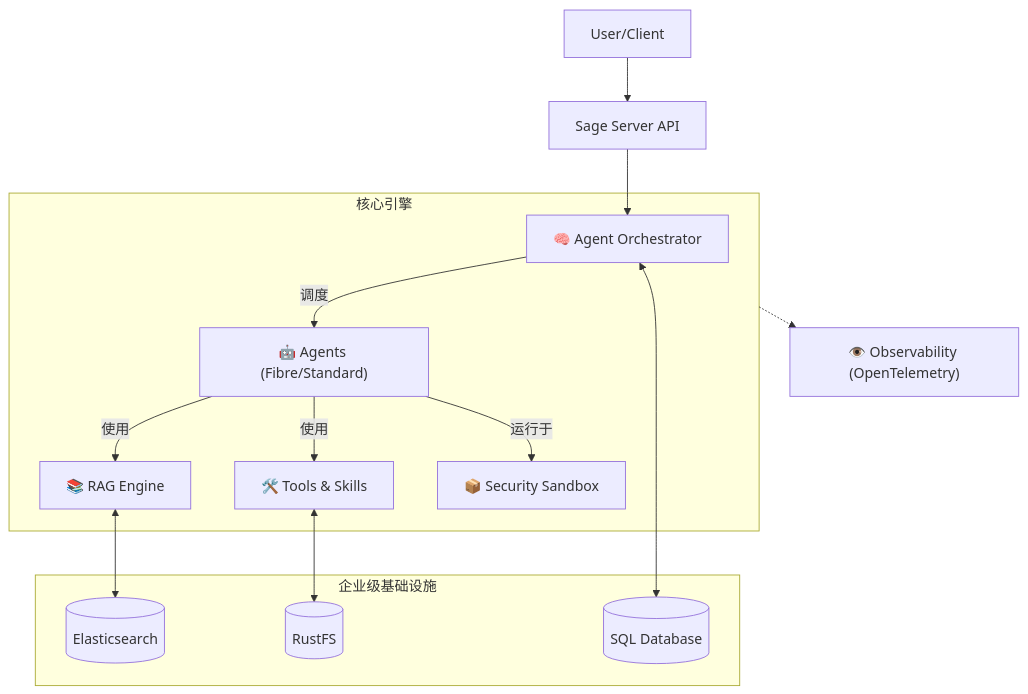
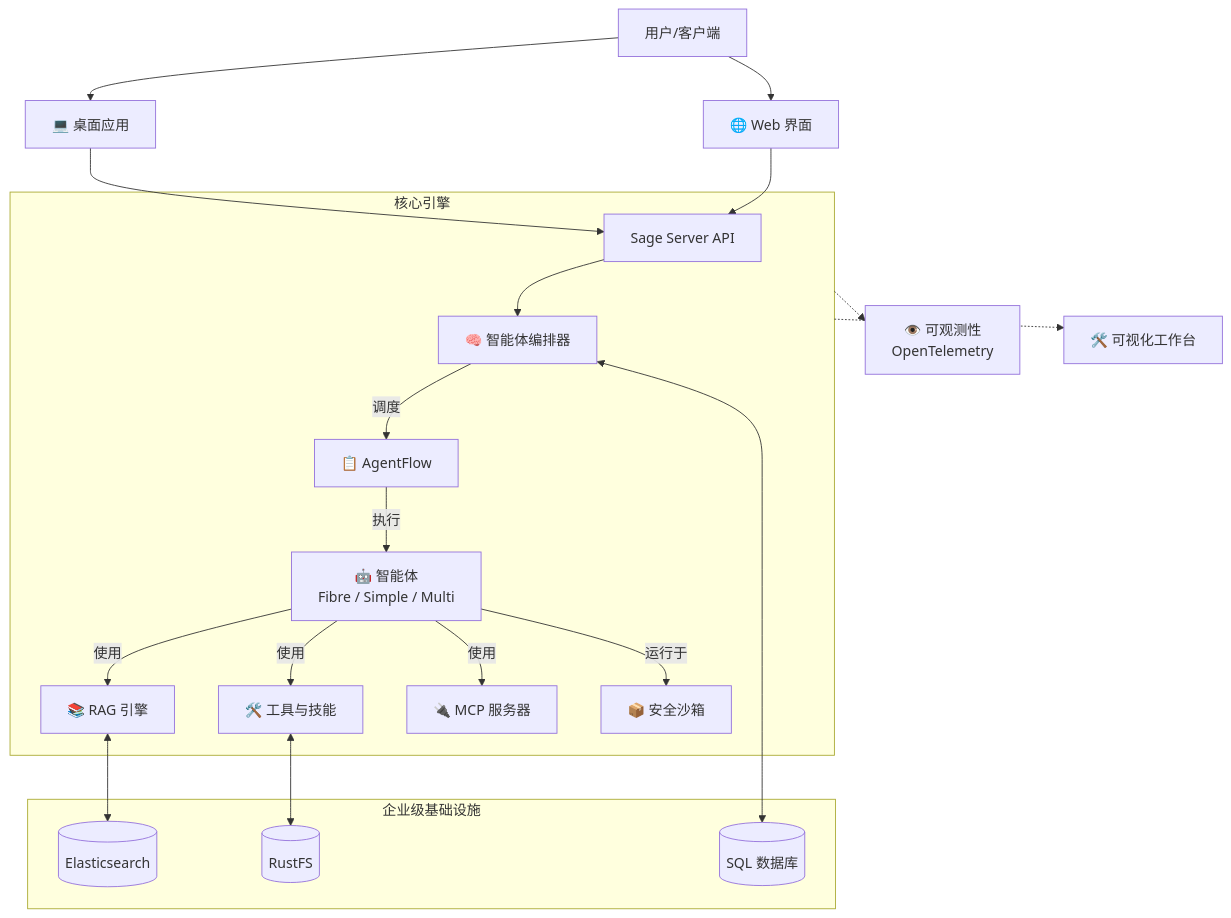
One commit to ZHangZHengEric/Sage changed the diagram in README_CN.md. Above: the diagram before and after it, drawn with Mermaid. The commit also changed other lines of this file and 46 other files, not shown here.

````diff
--- a/README_CN.md
+++ b/README_CN.md
@@ -76,20 +117,26 @@
 ```mermaid
 graph TD
-    User[User/Client] --> API[Sage Server API]
-    API --> Orch[🧠 Agent Orchestrator]
+    User[用户/客户端] --> Desktop[💻 桌面应用]
+    User --> Web[🌐 Web 界面]
+    Desktop --> API[Sage Server API]
+    Web --> API
     
     subgraph Core[核心引擎]
-        Orch -- "调度" --> Agents["🤖 Agents (Fibre/Standard)"]
-        Agents -- "使用" --> RAG[📚 RAG Engine]
-        Agents -- "使用" --> Tools[🛠️ Tools & Skills]
-        Agents -- "运行于" --> Box[📦 Security Sandbox]
+        API --> Orch[🧠 智能体编排器]
+        Orch -- "调度" --> Flow[📋 AgentFlow]
+        Flow -- "执行" --> Agents["🤖 智能体<br/>Fibre / Simple / Multi"]
+        Agents -- "使用" --> RAG[📚 RAG 引擎]
+        Agents -- "使用" --> Tools[🛠️ 工具与技能]
+        Agents -- "使用" --> MCP[🔌 MCP 服务器]
+        Agents -- "运行于" --> Box[📦 安全沙箱]
     end
 
     subgraph Infra[企业级基础设施]
         RAG <--> ES[(Elasticsearch)]
         Tools <--> RustFS[(RustFS)]
-        Orch <--> DB[(SQL Database)]
+        Orch <--> DB[(SQL 数据库)]
     end
     
-    Core -.-> Obs["👁️ Observability (OpenTelemetry)"]
+    Core -.-> Obs["👁️ 可观测性<br/>OpenTelemetry"]
+    Core -.-> Workbench["🛠️ 可视化工作台"]
 ```
````
